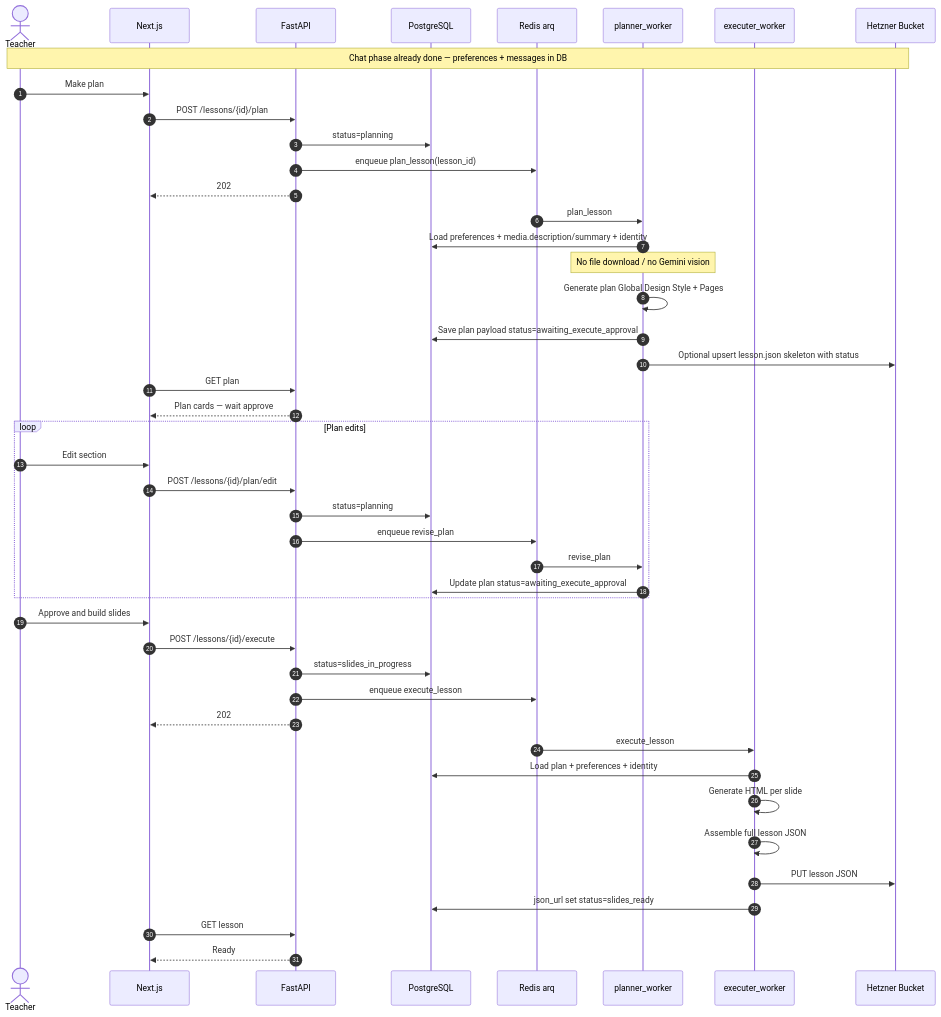
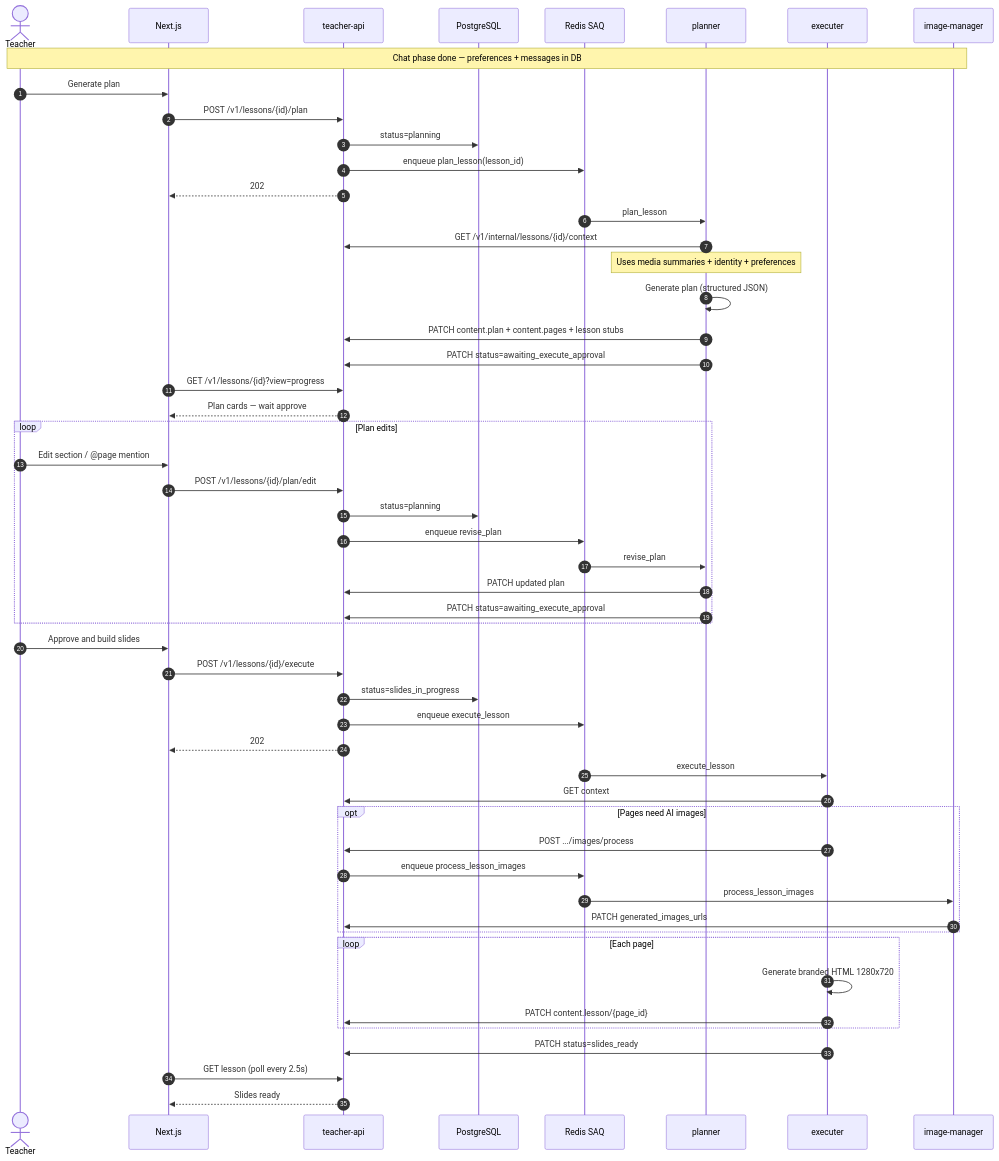
The first of 5 diagrams in docs/architecture/03-lesson-planner-executor-flow.md (BasselSallam2/teacher-mock), drawn with Mermaid before and after one commit. The commit also changed other lines of this file and 10 other files, not shown here.

Commit message:
Enhance README and add system overview documentation; update media handling and lesson planning architecture. Introduce nested media folders and clarify production stack details.

````diff
--- a/docs/architecture/03-lesson-planner-executor-flow.md
+++ b/docs/architecture/03-lesson-planner-executor-flow.md
@@ -17,53 +18,61 @@
 ```mermaid
 sequenceDiagram
   autonumber
   actor T as Teacher
   participant UI as Next.js
-  participant API as FastAPI
+  participant API as teacher-api
   participant PG as PostgreSQL
-  participant R as Redis arq
-  participant P as planner_worker
-  participant E as executer_worker
-  participant B as Hetzner Bucket
+  participant R as Redis SAQ
+  participant P as planner
+  participant E as executer
+  participant I as image-manager
 
-  Note over T,B: Chat phase already done — preferences + messages in DB
+  Note over T,I: Chat phase done — preferences + messages in DB
 
-  T->>UI: Make plan
-  UI->>API: POST /lessons/{id}/plan
+  T->>UI: Generate plan
+  UI->>API: POST /v1/lessons/{id}/plan
   API->>PG: status=planning
   API->>R: enqueue plan_lesson(lesson_id)
   API-->>UI: 202
 
   R->>P: plan_lesson
-  P->>PG: Load preferences + media.description/summary + identity
-  Note over P: No file download / no Gemini vision
-  P->>P: Generate plan Global Design Style + Pages
-  P->>PG: Save plan payload status=awaiting_execute_approval
-  P->>B: Optional upsert lesson.json skeleton with status
-  UI->>API: GET plan
+  P->>API: GET /v1/internal/lessons/{id}/context
+  Note over P: Uses media summaries + identity + preferences
+  P->>P: Generate plan (structured JSON)
+  P->>API: PATCH content.plan + content.pages + lesson stubs
+  P->>API: PATCH status=awaiting_execute_approval
+  UI->>API: GET /v1/lessons/{id}?view=progress
   API-->>UI: Plan cards — wait approve
 
   loop Plan edits
-    T->>UI: Edit section
-    UI->>API: POST /lessons/{id}/plan/edit
+    T->>UI: Edit section / @page mention
+    UI->>API: POST /v1/lessons/{id}/plan/edit
     API->>PG: status=planning
     API->>R: enqueue revise_plan
     R->>P: revise_plan
-    P->>PG: Update plan status=awaiting_execute_approval
+    P->>API: PATCH updated plan
+    P->>API: PATCH status=awaiting_execute_approval
   end
 
   T->>UI: Approve and build slides
-  UI->>API: POST /lessons/{id}/execute
+  UI->>API: POST /v1/lessons/{id}/execute
   API->>PG: status=slides_in_progress
   API->>R: enqueue execute_lesson
   API-->>UI: 202
 
   R->>E: execute_lesson
-  E->>PG: Load plan + preferences + identity
-  E->>E: Generate HTML per slide
-  E->>E: Assemble full lesson JSON
-  E->>B: PUT lesson JSON
-  E->>PG: json_url set status=slides_ready
-  UI->>API: GET lesson
-  API-->>UI: Ready
+  E->>API: GET context
+  opt Pages need AI images
+    E->>API: POST .../images/process
+    API->>R: enqueue process_lesson_images
+    R->>I: process_lesson_images
+    I->>API: PATCH generated_images_urls
+  end
+  loop Each page
+    E->>E: Generate branded HTML 1280x720
+    E->>API: PATCH content.lesson/{page_id}
+  end
+  E->>API: PATCH status=slides_ready
+  UI->>API: GET lesson (poll every 2.5s)
+  API-->>UI: Slides ready
 ```
````
